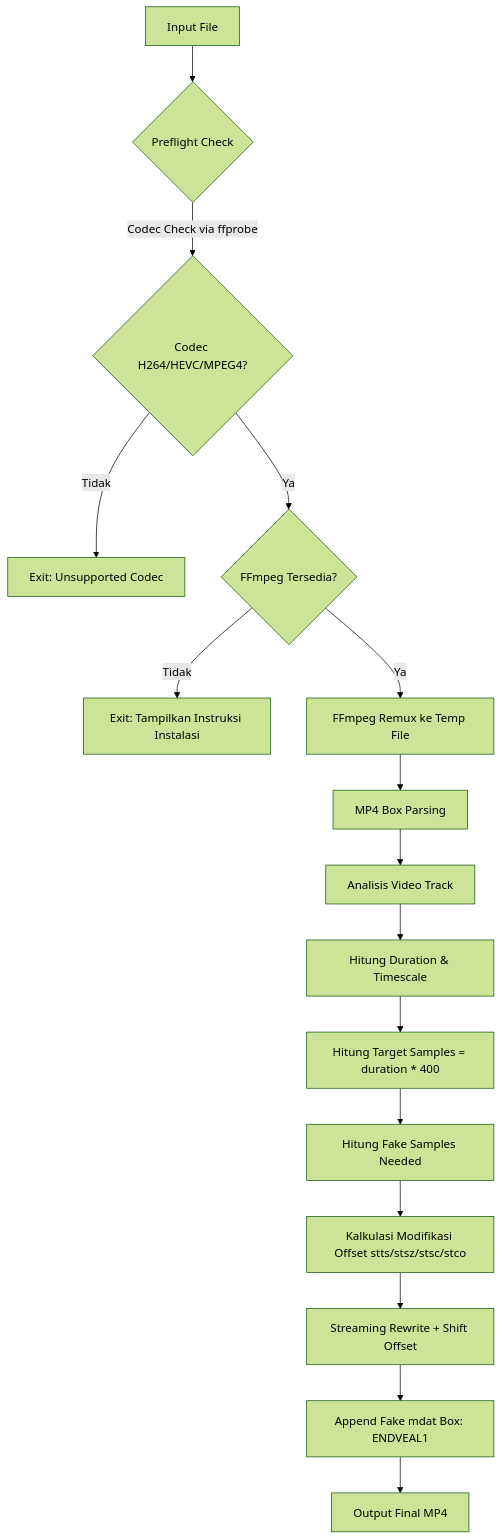
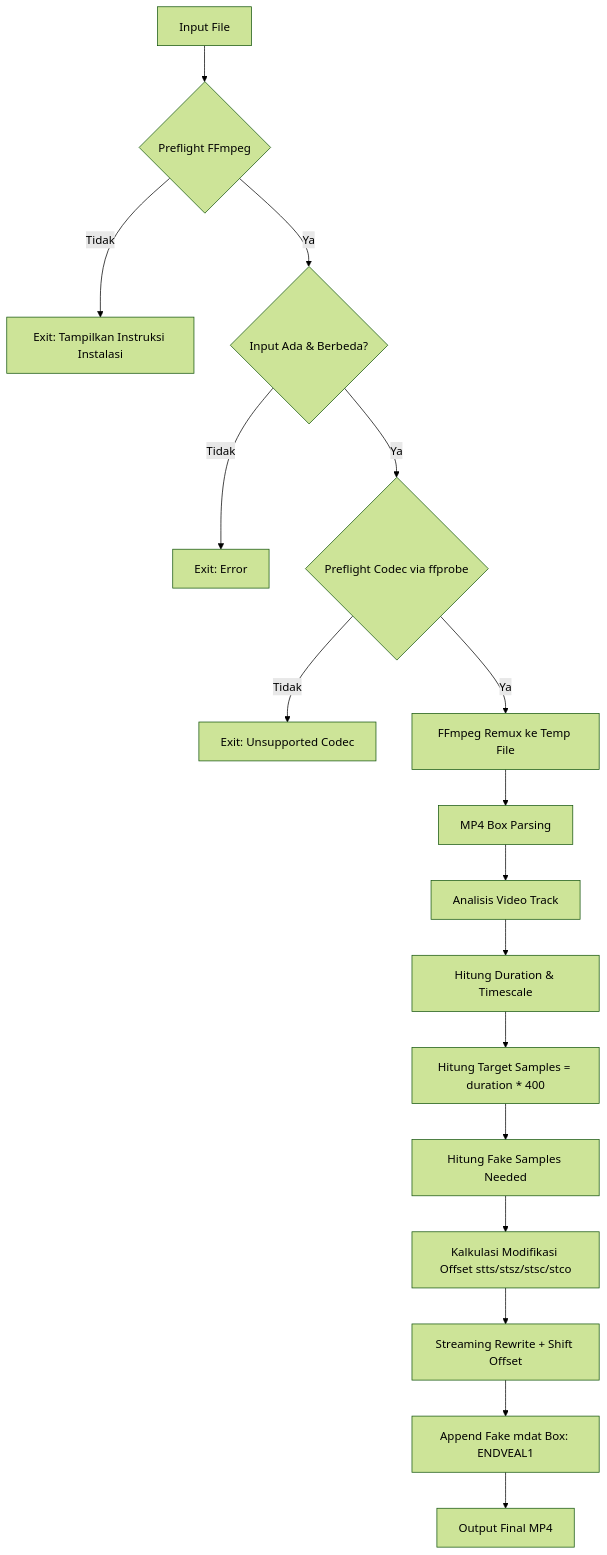
One commit to Endveal/tiktok-optimize changed the diagram in README.md. Above: the diagram before and after it, drawn with Mermaid (forest theme). The commit also changed other lines of this file, not shown here.

````diff
--- a/README.md
+++ b/README.md
@@ -69,18 +70,19 @@
 ```mermaid
 flowchart TD
-    A[Input File] --> B{Preflight Check}
-    B -->|Codec Check via ffprobe| C{Codec H264/HEVC/MPEG4?}
-    C -->|Tidak| Z[Exit: Unsupported Codec]
-    C -->|Ya| D{FFmpeg Tersedia?}
-    D -->|Tidak| Y[Exit: Tampilkan Instruksi Instalasi]
+    A[Input File] --> B{Preflight FFmpeg}
+    B -->|Tidak| Y[Exit: Tampilkan Instruksi Instalasi]
+    B -->|Ya| C{Input Ada & Berbeda?}
+    C -->|Tidak| Z[Exit: Error]
+    C -->|Ya| D{Preflight Codec via ffprobe}
+    D -->|Tidak| W[Exit: Unsupported Codec]
     D -->|Ya| E[FFmpeg Remux ke Temp File]
     E --> F[MP4 Box Parsing]
     F --> G[Analisis Video Track]
     G --> H[Hitung Duration & Timescale]
     H --> I[Hitung Target Samples = duration * 400]
     I --> J[Hitung Fake Samples Needed]
     J --> K[Kalkulasi Modifikasi Offset stts/stsz/stsc/stco]
     K --> L[Streaming Rewrite + Shift Offset]
     L --> M[Append Fake mdat Box: ENDVEAL1]
     M --> N[Output Final MP4]
 ```
````
